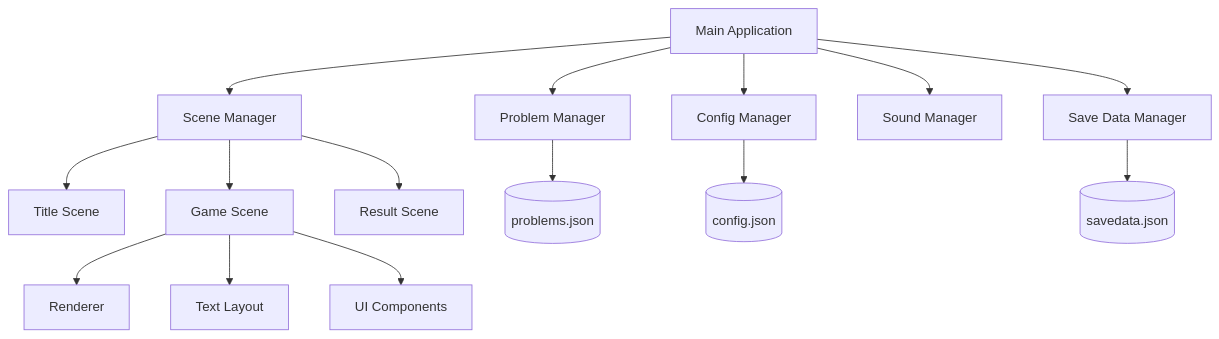
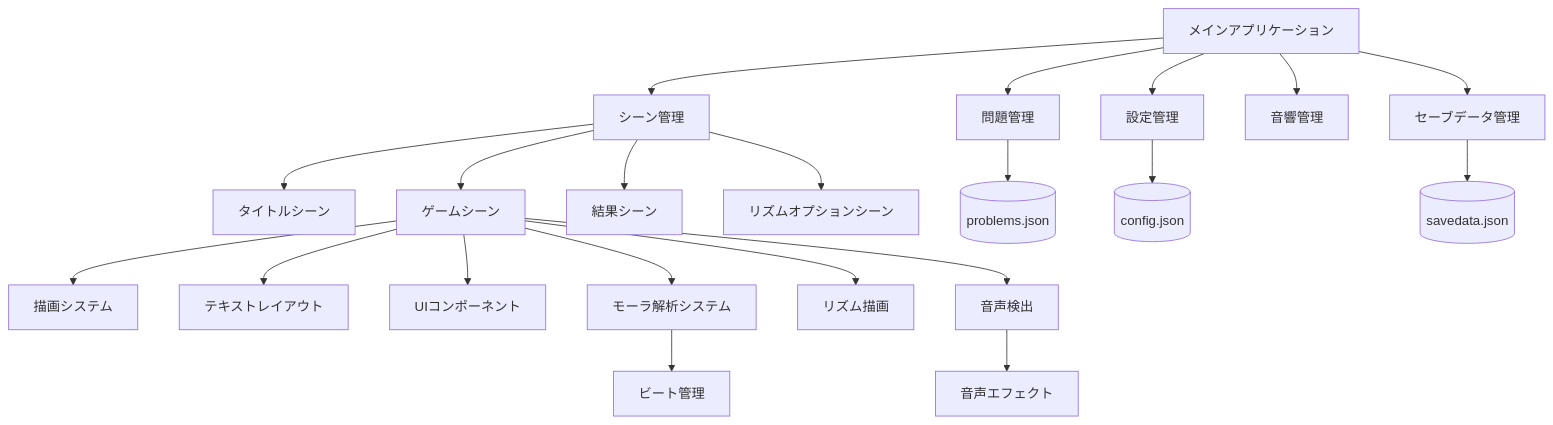
Before and after one commit to choco798/bnscup_game_01: the first of 4 diagrams in bnscup_game_01/bnscup_game_01/docs/system-architecture.md, drawn with Mermaid. The commit also changed other lines of this file and 24 other files, not shown here.

First line of the commit message:
feat: Update system architecture documentation and add specifications and user guide for "季語シンクロ！"

````diff
--- a/bnscup_game_01/bnscup_game_01/docs/system-architecture.md
+++ b/bnscup_game_01/bnscup_game_01/docs/system-architecture.md
@@ -9,20 +9,27 @@
 ```mermaid
 graph TD
-    Main[Main Application] --> SceneManager[Scene Manager]
-    SceneManager --> TitleScene[Title Scene]
-    SceneManager --> GameScene[Game Scene]
-    SceneManager --> ResultScene[Result Scene]
+    Main[メインアプリケーション] --> SceneManager[シーン管理]
+    SceneManager --> TitleScene[タイトルシーン]
+    SceneManager --> GameScene[ゲームシーン]
+    SceneManager --> ResultScene[結果シーン]
+    SceneManager --> RhythmOptionScene[リズムオプションシーン]
     
-    Main --> ConfigManager[Config Manager]
-    Main --> ProblemManager[Problem Manager]
-    Main --> SoundManager[Sound Manager]
-    Main --> SaveDataManager[Save Data Manager]
+    Main --> ConfigManager[設定管理]
+    Main --> ProblemManager[問題管理]
+    Main --> SoundManager[音響管理]
+    Main --> SaveDataManager[セーブデータ管理]
     
-    GameScene --> Renderer[Renderer]
-    GameScene --> TextLayout[Text Layout]
-    GameScene --> UIButton[UI Components]
+    GameScene --> Renderer[描画システム]
+    GameScene --> TextLayouter[テキストレイアウト]
+    GameScene --> UiButton[UIコンポーネント]
+    GameScene --> MoraSystem[モーラ解析システム]
+    GameScene --> RhythmRenderer[リズム描画]
+    GameScene --> VoiceDetector[音声検出]
     
     ProblemManager --> Problems[(problems.json)]
     ConfigManager --> Config[(config.json)]
     SaveDataManager --> SaveData[(savedata.json)]
+    
+    MoraSystem --> BeatTransport[ビート管理]
+    VoiceDetector --> VoiceReactiveFx[音声エフェクト]
 ```
````
